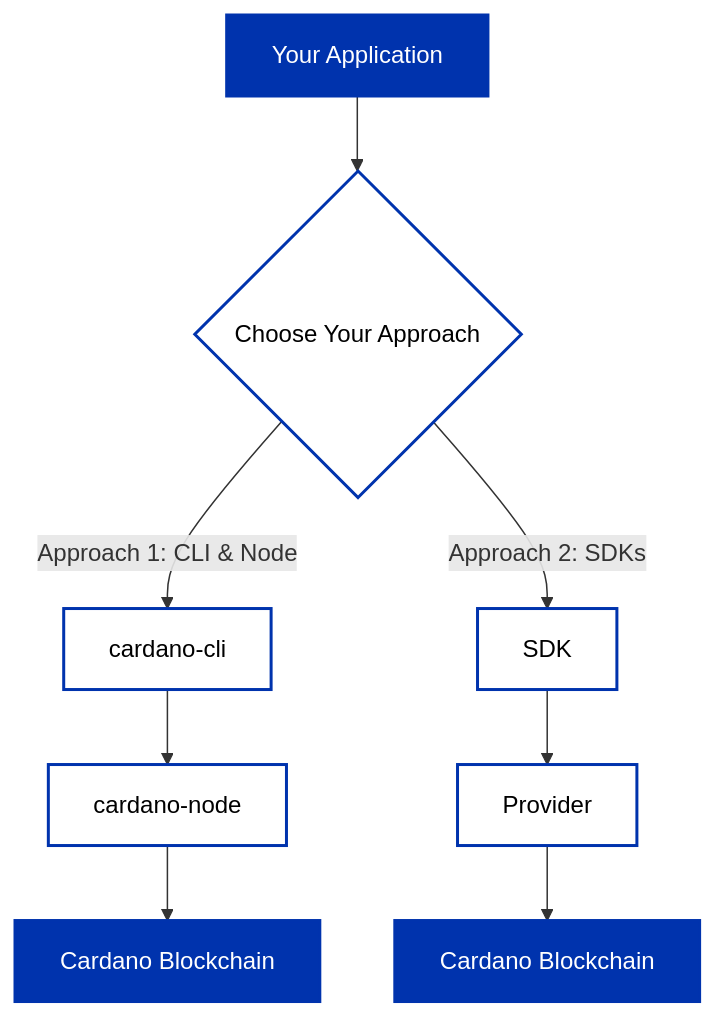
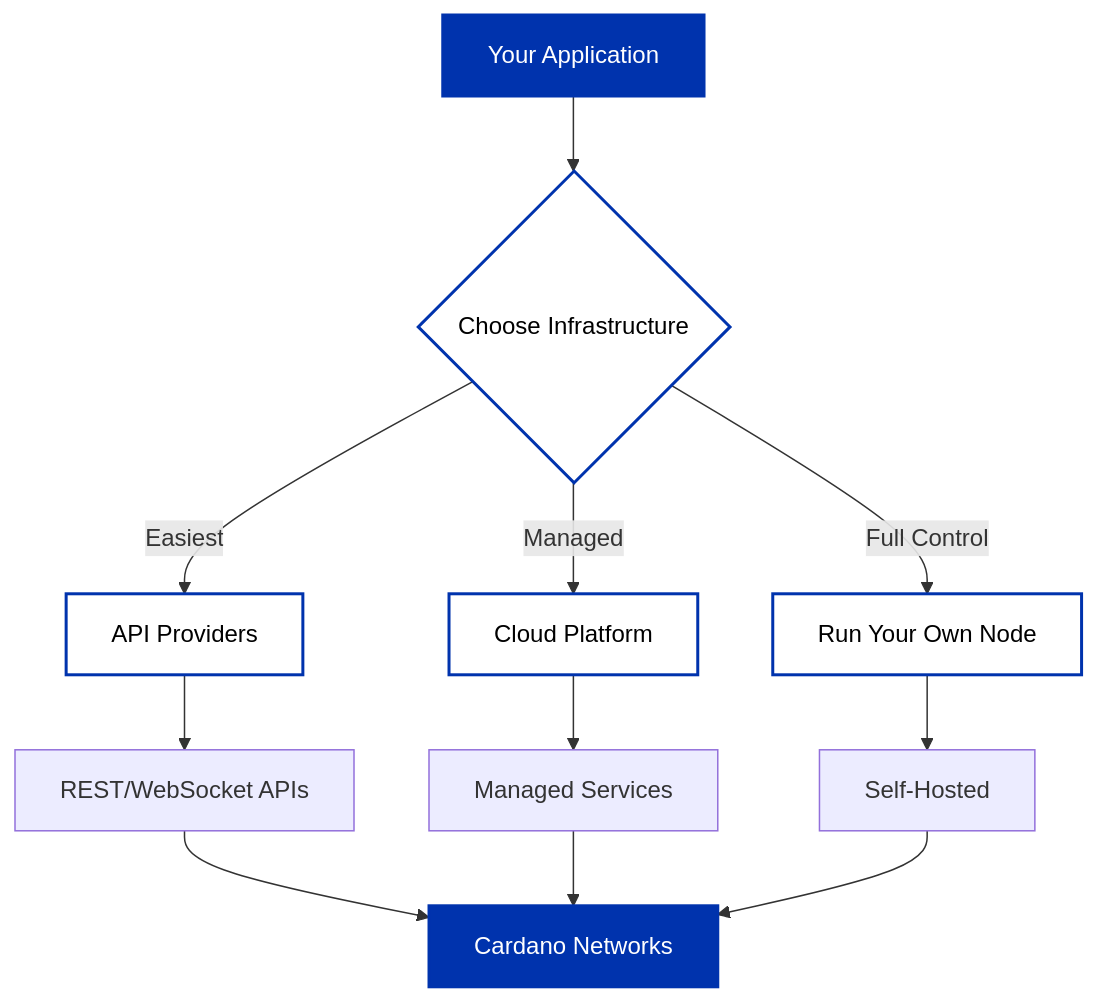
One commit to cardano-foundation/developer-portal changed the diagram in docs/get-started/choose-your-approach.md. Above: the diagram before and after it, drawn with Mermaid. The commit also changed other lines of this file and 1 other file, not shown here.

Commit message:
infrastructure + providers

````diff
--- a/docs/get-started/choose-your-approach.md
+++ b/docs/get-started/choose-your-approach.md
@@ -13,21 +13,23 @@
 ```mermaid
 graph TB
-    Start[Your Application] --> Choice{Choose Your Approach}
+    Start[Your Application] --> Choice{Choose Infrastructure}
 
-    Choice -->|Approach 1: CLI & Node| CLI[cardano-cli]
-    CLI --> Node[cardano-node]
-    Node --> Chain1[Cardano Blockchain]
+    Choice -->|Easiest| Providers[API Providers]
+    Choice -->|Managed| Platform[Cloud Platform]
+    Choice -->|Full Control| Node[Run Your Own Node]
 
-    Choice -->|Approach 2: SDKs| SDK[SDK]
-    SDK --> Provider[Provider]
-    Provider --> Chain2[Cardano Blockchain]
+    Providers --> API[REST/WebSocket APIs]
+    Platform --> Services[Managed Services]
+    Node --> Self[Self-Hosted]
+
+    API --> Cardano[Cardano Networks]
+    Services --> Cardano
+    Self --> Cardano
 
     style Start fill:#0033AD,stroke:#0033AD,stroke-width:2px,color:#FFFFFF
     style Choice fill:#FFFFFF,stroke:#0033AD,stroke-width:2px,color:#000000
-    style CLI fill:#FFFFFF,stroke:#0033AD,stroke-width:2px,color:#000000
+    style Providers fill:#FFFFFF,stroke:#0033AD,stroke-width:2px,color:#000000
+    style Platform fill:#FFFFFF,stroke:#0033AD,stroke-width:2px,color:#000000
     style Node fill:#FFFFFF,stroke:#0033AD,stroke-width:2px,color:#000000
-    style SDK fill:#FFFFFF,stroke:#0033AD,stroke-width:2px,color:#000000
-    style Provider fill:#FFFFFF,stroke:#0033AD,stroke-width:2px,color:#000000
-    style Chain1 fill:#0033AD,stroke:#0033AD,stroke-width:2px,color:#FFFFFF
-    style Chain2 fill:#0033AD,stroke:#0033AD,stroke-width:2px,color:#FFFFFF
+    style Cardano fill:#0033AD,stroke:#0033AD,stroke-width:2px,color:#FFFFFF
 ```
````
